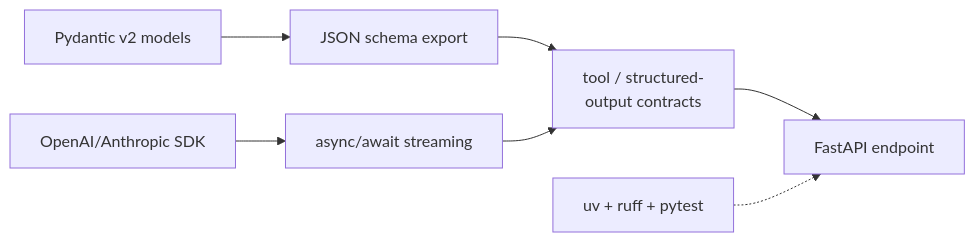
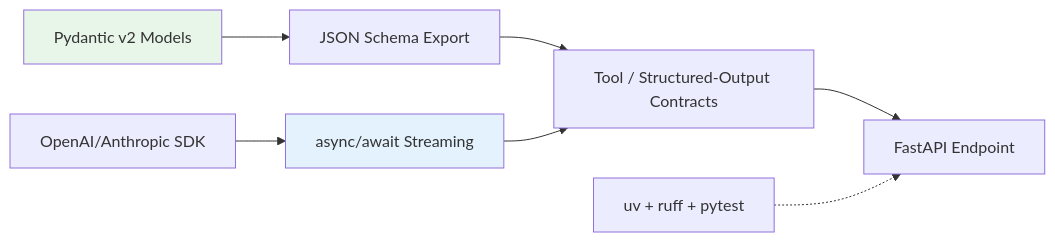
Before and after one commit to kotiansukesh/Engineering-Knowledge-System: the diagram in AI/01_Fundamentals/01_Python for AI.md, drawn with Mermaid. The commit also changed other lines of this file and 546 other files, not shown here.

````diff
--- a/AI/01_Fundamentals/01_Python for AI.md
+++ b/AI/01_Fundamentals/01_Python for AI.md
@@ -19,9 +25,11 @@
 ```mermaid
 flowchart LR
- R["OpenAI/Anthropic SDK"] --> AC["async/await streaming"]
- PY["Pydantic v2 models"] --> SC["JSON schema export"]
- SC --> TC["tool / structured-<br/>output contracts"]
- AC --> TC
- TC --> FA["FastAPI endpoint"]
- UV["uv + ruff + pytest"] -.-> FA
+    R[OpenAI/Anthropic SDK] --> AC[async/await Streaming]
+    PY[Pydantic v2 Models] --> SC[JSON Schema Export]
+    SC --> TC[Tool / Structured-Output Contracts]
+    AC --> TC
+    TC --> FA[FastAPI Endpoint]
+    UV[uv + ruff + pytest] -.-> FA
+    style AC fill:#e3f2fd
+    style PY fill:#e8f5e9
 ```
````
